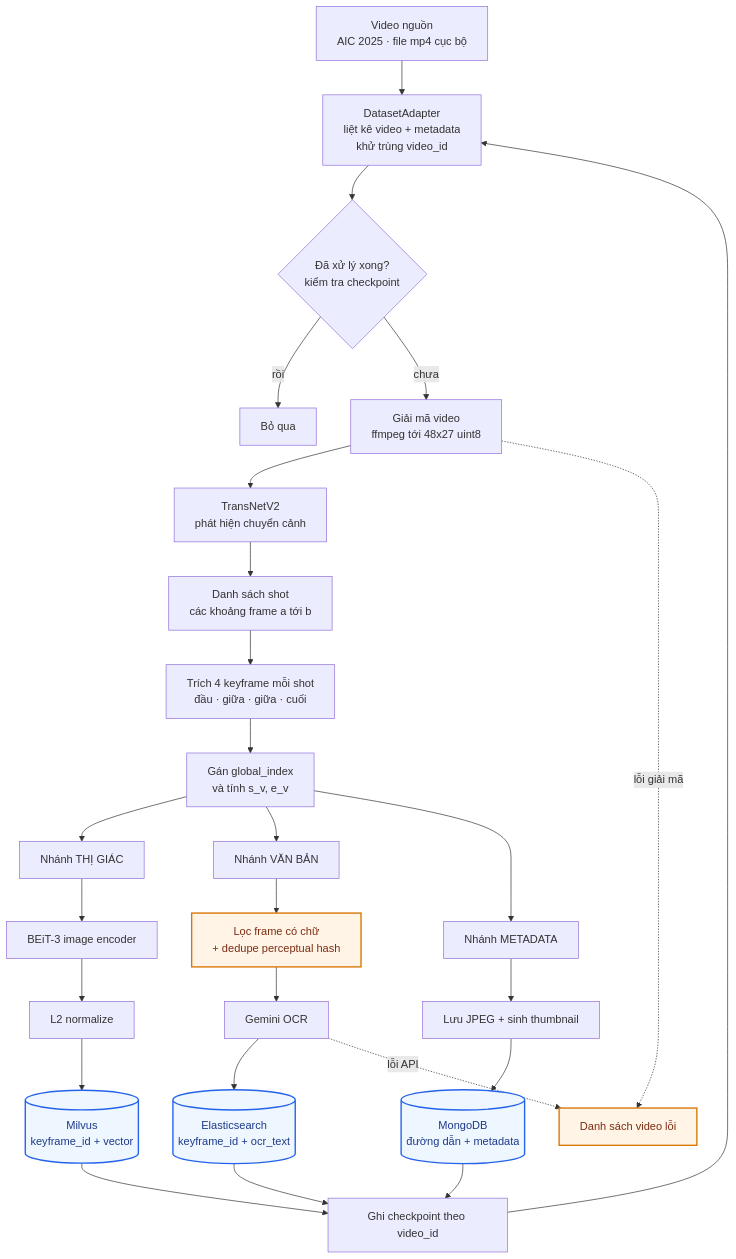
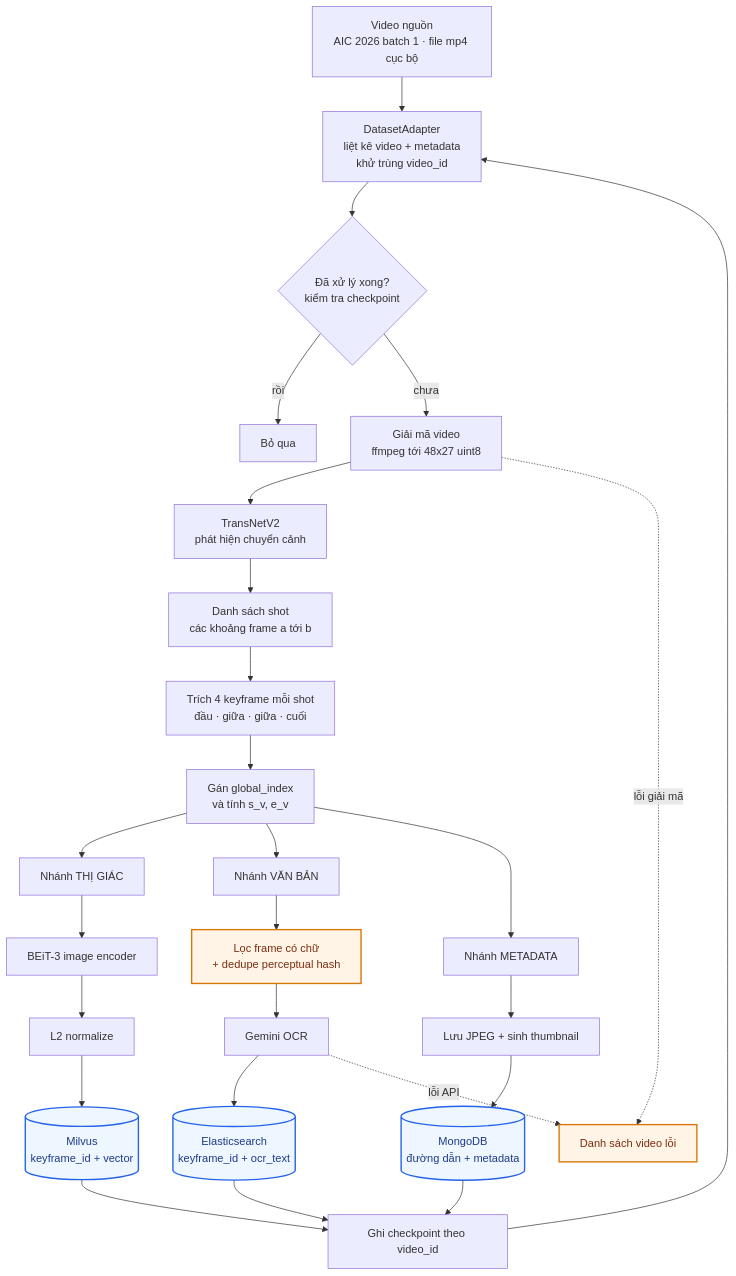
The second of 7 diagrams in docs/architecture.md (tiendze/AIC-Video-Retrieval), drawn with Mermaid before and after one commit. The commit also changed other lines of this file and 26 other files, not shown here.

````diff
--- a/docs/architecture.md
+++ b/docs/architecture.md
@@ -112,41 +112,41 @@
 ```mermaid
 flowchart TD
-    A["Video nguồn<br/>AIC 2025 · file mp4 cục bộ"] --> B["DatasetAdapter<br/>liệt kê video + metadata<br/>khử trùng video_id"]
+    A["Video nguồn<br/>AIC 2026 batch 1 · file mp4 cục bộ"] --> B["DatasetAdapter<br/>liệt kê video + metadata<br/>khử trùng video_id"]
     B --> CK{"Đã xử lý xong?<br/>kiểm tra checkpoint"}
     CK -->|"rồi"| SKIP["Bỏ qua"]
     CK -->|"chưa"| C["Giải mã video<br/>ffmpeg tới 48x27 uint8"]
 
     C --> D["TransNetV2<br/>phát hiện chuyển cảnh"]
     D --> E["Danh sách shot<br/>các khoảng frame a tới b"]
     E --> F["Trích 4 keyframe mỗi shot<br/>đầu · giữa · giữa · cuối"]
     F --> G["Gán global_index<br/>và tính s_v, e_v"]
 
     G --> H1["Nhánh THỊ GIÁC"]
     G --> H2["Nhánh VĂN BẢN"]
     G --> H3["Nhánh METADATA"]
 
     H1 --> I1["BEiT-3 image encoder"]
     I1 --> J1["L2 normalize"]
     J1 --> K1[("Milvus<br/>keyframe_id + vector")]
 
     H2 --> P["Lọc frame có chữ<br/>+ dedupe perceptual hash"]
     P --> I2["Gemini OCR"]
     I2 --> K2[("Elasticsearch<br/>keyframe_id + ocr_text")]
 
     H3 --> I3["Lưu JPEG + sinh thumbnail"]
     I3 --> K3[("MongoDB<br/>đường dẫn + metadata")]
 
     K1 --> Z["Ghi checkpoint theo video_id"]
     K2 --> Z
     K3 --> Z
     Z --> B
 
     ERR["Danh sách video lỗi"]
     C -.->|"lỗi giải mã"| ERR
     I2 -.->|"lỗi API"| ERR
 
     classDef store fill:#eef6ff,stroke:#2563eb,stroke-width:2px,color:#1e3a8a
     classDef risk fill:#fff4e6,stroke:#d97706,stroke-width:2px,color:#7c2d12
     class K1,K2,K3 store
     class P,ERR risk
 ```
````
